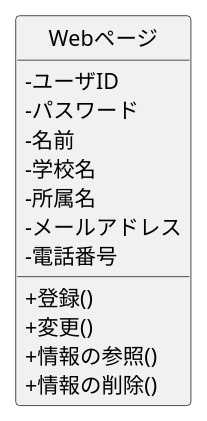
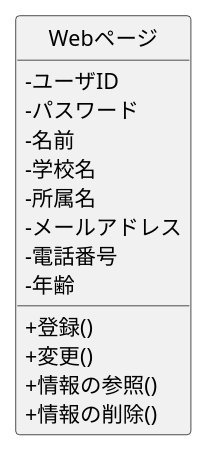
One commit to takano1228/ohara_uml changed the diagram in 07_web_visitor/class.pu. Above: the diagram before and after it, drawn with PlantUML. The commit also changed 2 other files, not shown here.

```diff
--- a/07_web_visitor/class.pu
+++ b/07_web_visitor/class.pu
@@ -1,20 +1,21 @@
 @startuml 訪問者クラス図
 skinparam classAttributeIconSize 0
 hide circle
 
 class Webページ {
  -ユーザID
  -パスワード
  -名前
  -学校名
  -所属名
  -メールアドレス
  -電話番号
+ -年齢
 
  +登録()
  +変更()
  +情報の参照()
  +情報の削除()
 }
 
 @enduml
```
